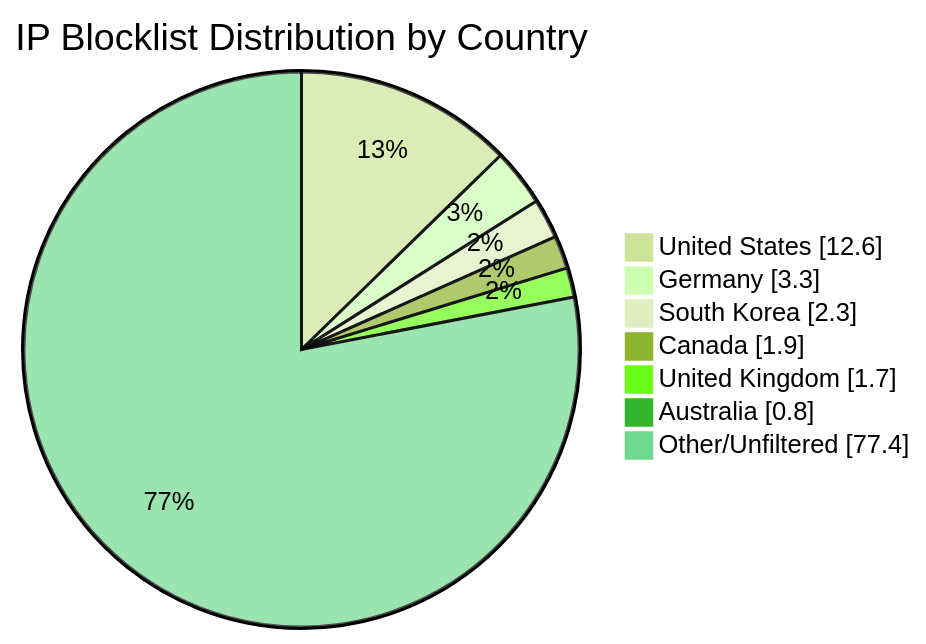
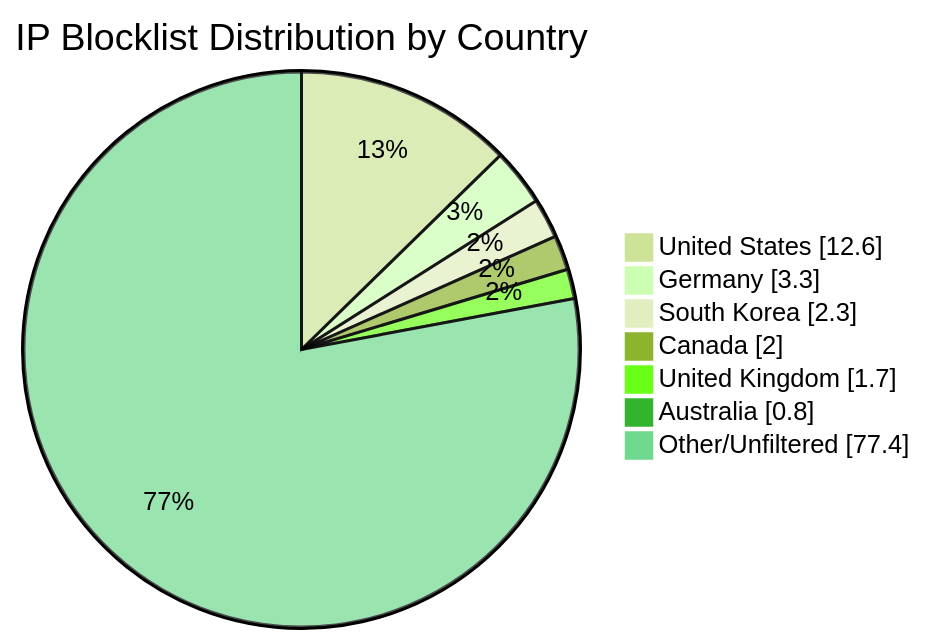
One commit to MarcusHoltz/ipblocklist-geofiltered-aggregator changed the diagram in README.md. Above: the diagram before and after it, drawn with Mermaid (forest theme). The commit also changed other lines of this file and 9 other files, not shown here.

````diff
--- a/README.md
+++ b/README.md
@@ -34,10 +34,10 @@
 ```mermaid
 pie showData title IP Blocklist Distribution by Country
 "United States" : 12.6
 "Germany" : 3.3
 "South Korea" : 2.3
-"Canada" : 1.9
+"Canada" : 2.0
 "United Kingdom" : 1.7
 "Australia" : 0.8
 "Other/Unfiltered" : 77.4
 ```
````
